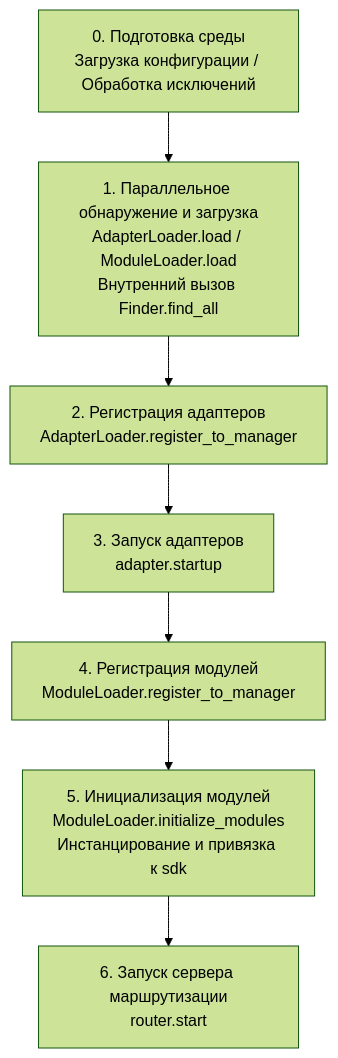
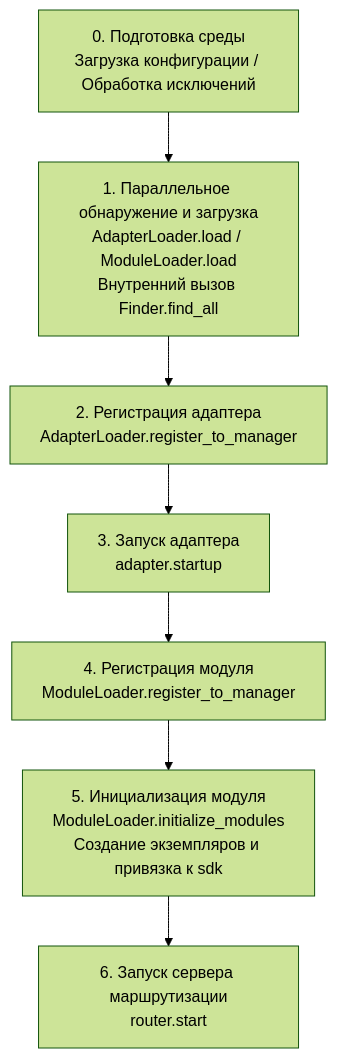
One commit to ErisPulse/ErisPulse changed the diagram in docs/ru/advanced/startup.md. Above: the diagram before and after it, drawn with Mermaid (forest theme). The commit also changed other lines of this file and 299 other files, not shown here.

````diff
--- a/docs/ru/advanced/startup.md
+++ b/docs/ru/advanced/startup.md
@@ -369,10 +27,10 @@
 ```mermaid
 flowchart TD
     A[0. Подготовка среды<br/>Загрузка конфигурации / Обработка исключений] --> B
     B[1. Параллельное обнаружение и загрузка<br/>AdapterLoader.load / ModuleLoader.load<br/>Внутренний вызов Finder.find_all] --> C
-    C[2. Регистрация адаптеров<br/>AdapterLoader.register_to_manager] --> D
-    D[3. Запуск адаптеров<br/>adapter.startup] --> E
-    E[4. Регистрация модулей<br/>ModuleLoader.register_to_manager] --> F
-    F[5. Инициализация модулей<br/>ModuleLoader.initialize_modules<br/>Инстанцирование и привязка к sdk] --> G
+    C[2. Регистрация адаптера<br/>AdapterLoader.register_to_manager] --> D
+    D[3. Запуск адаптера<br/>adapter.startup] --> E
+    E[4. Регистрация модуля<br/>ModuleLoader.register_to_manager] --> F
+    F[5. Инициализация модуля<br/>ModuleLoader.initialize_modules<br/>Создание экземпляров и привязка к sdk] --> G
     G[6. Запуск сервера маршрутизации<br/>router.start]
 ```
````
